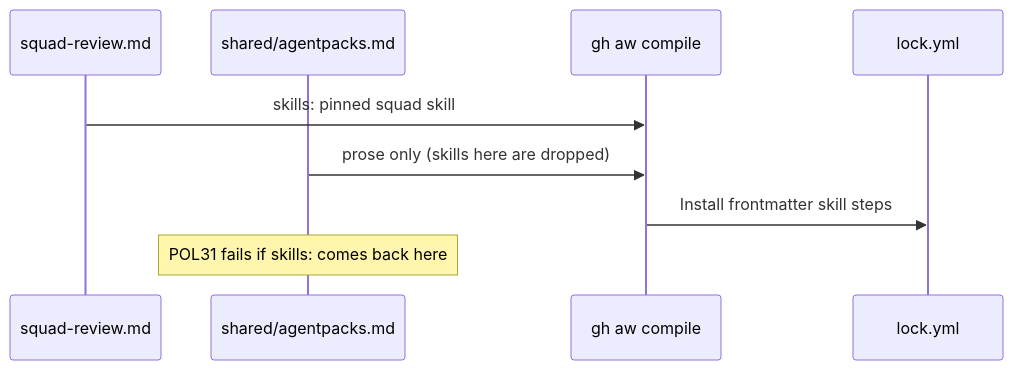
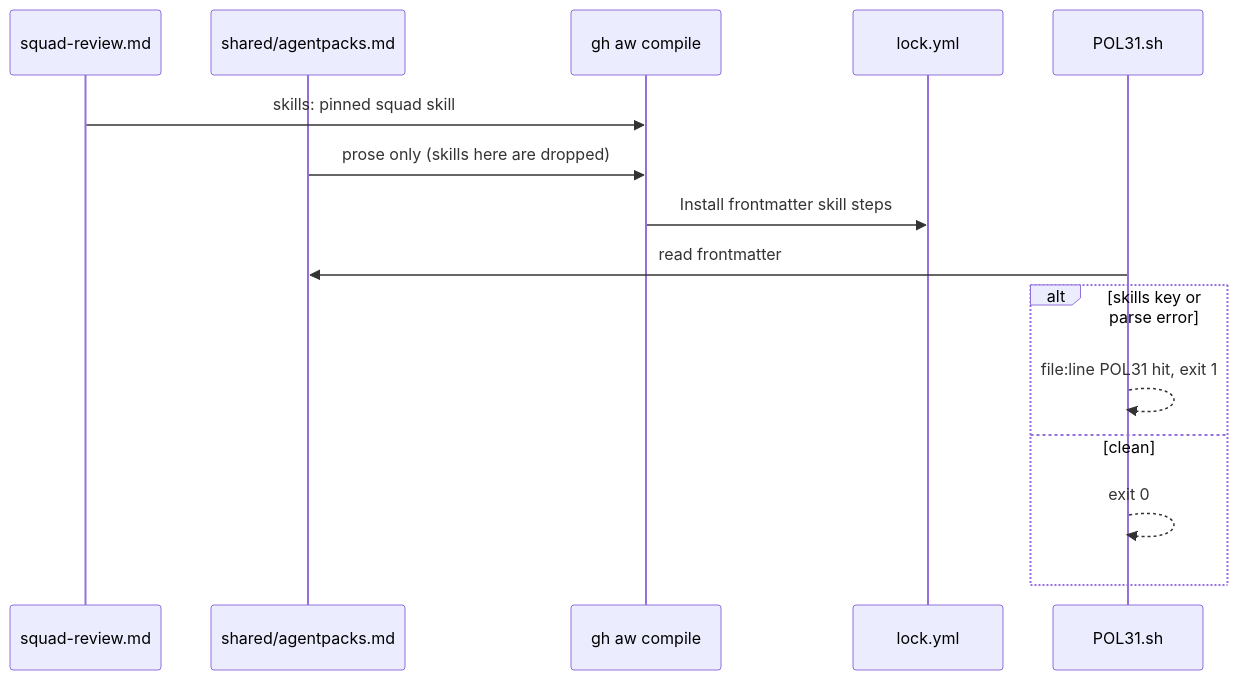
The first of 2 diagrams in docs/pbi/core/C12b-skills-in-main-workflow.md (svennijhuis/agentic-workflows), drawn with Mermaid before and after one commit. The commit also changed other lines of this file and 11 other files, not shown here.

Commit message:
X01 fix round: F offline proof, dispatch-only triggers to named asks, index and Bar H sync, C12b template and pin, POL31 parse error hit, SM05 rows for Cursor 5724842119

````diff
--- a/docs/pbi/core/C12b-skills-in-main-workflow.md
+++ b/docs/pbi/core/C12b-skills-in-main-workflow.md
@@ -40,11 +41,17 @@
 ```mermaid
 sequenceDiagram
   participant M as squad-review.md
   participant S as shared/agentpacks.md
   participant C as gh aw compile
   participant L as lock.yml
+  participant P as POL31.sh
   M->>C: skills: pinned squad skill
   S->>C: prose only (skills here are dropped)
   C->>L: Install frontmatter skill steps
-  Note over S: POL31 fails if skills: comes back here
+  P->>S: read frontmatter
+  alt skills key or parse error
+    P-->>P: file:line POL31 hit, exit 1
+  else clean
+    P-->>P: exit 0
+  end
 ```
````
